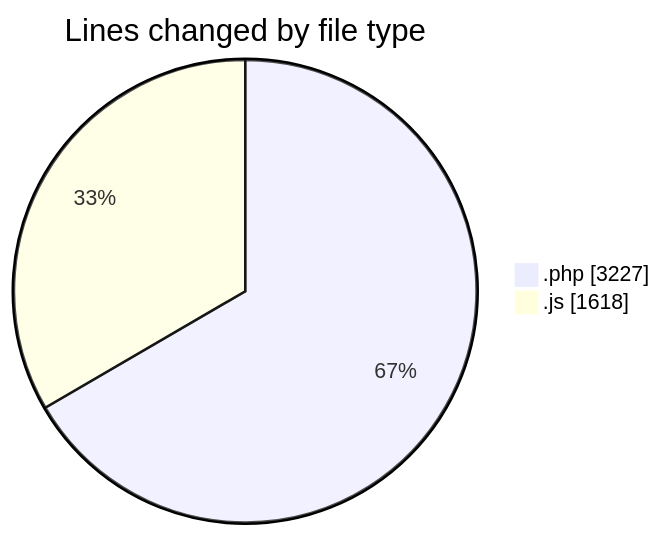
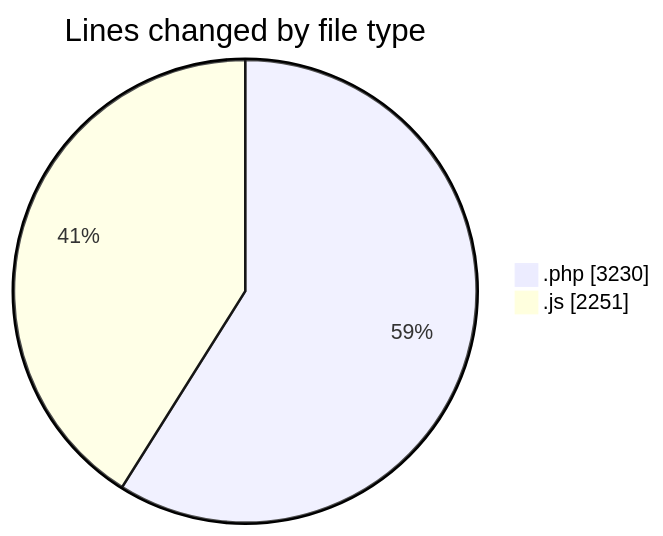
One commit to debugP/code-tracking changed the first of 2 diagrams in 2026-07-24/untitled__workspace_/README.md. Above: the diagram before and after it, drawn with Mermaid. The commit also changed other lines of this file and 1 other file, not shown here.

````diff
--- a/2026-07-24/untitled__workspace_/README.md
+++ b/2026-07-24/untitled__workspace_/README.md
@@ -23,6 +24,6 @@
 ```mermaid
 pie showData
 title Lines changed by file type
-".php" : 3227
-".js" : 1618
+".php" : 3230
+".js" : 2251
 ```
````
